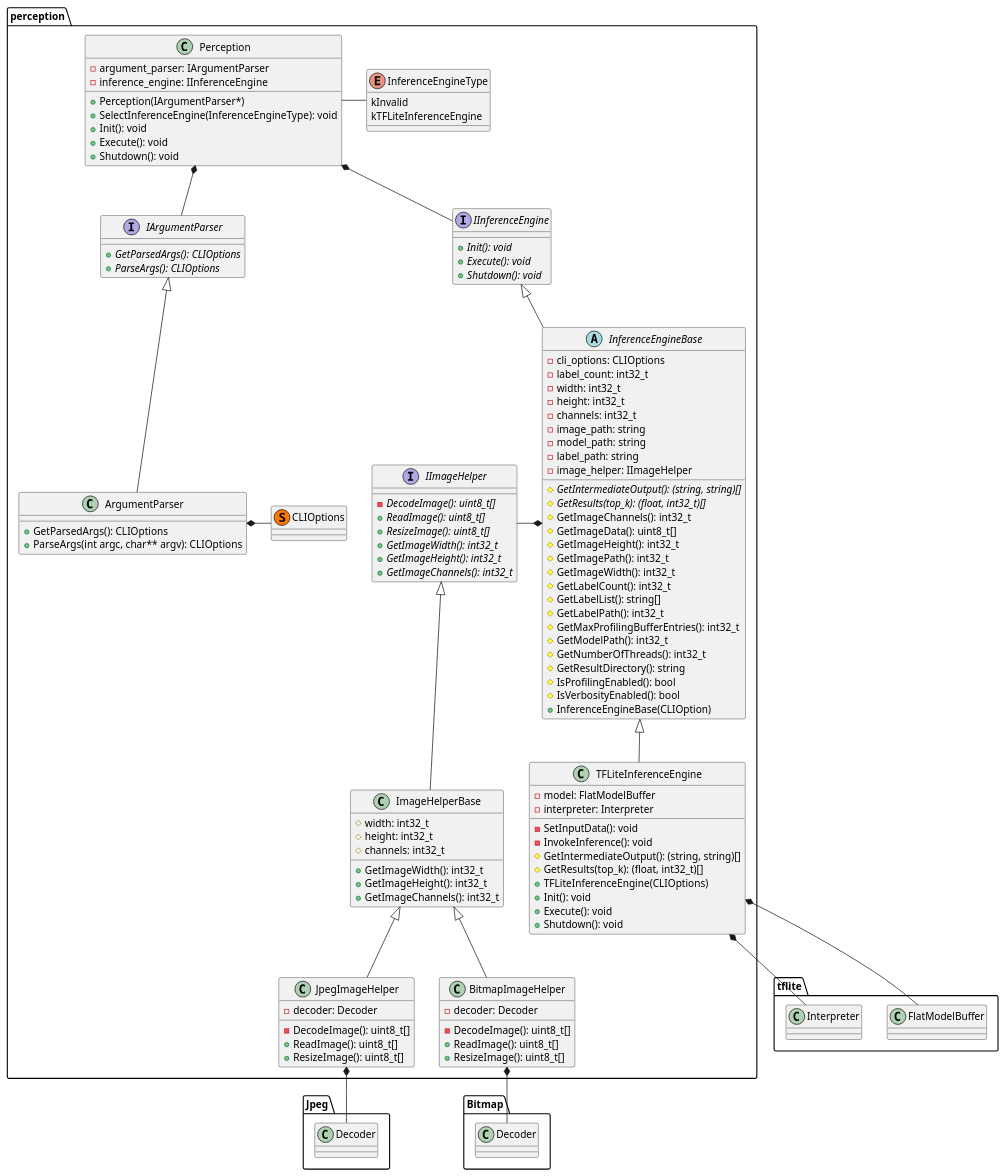
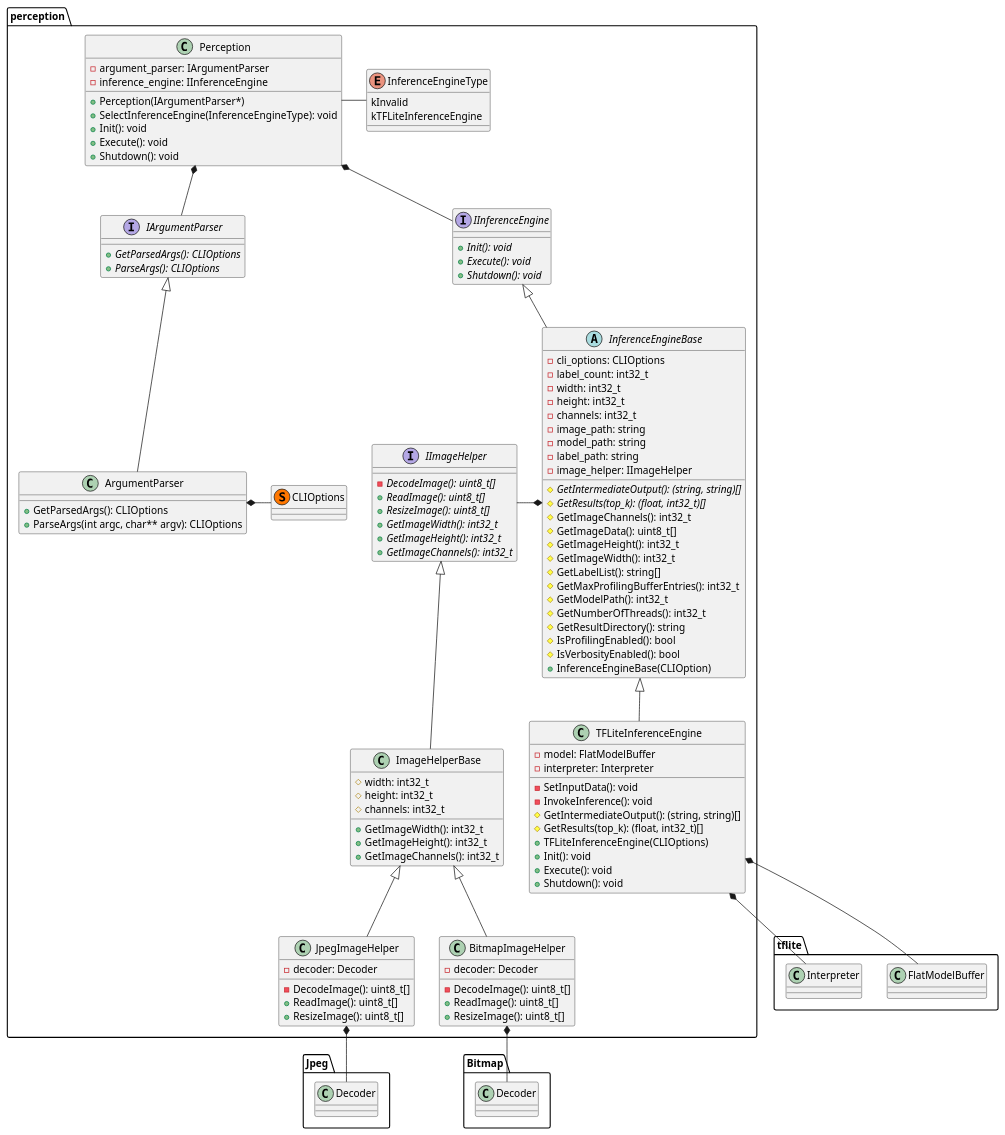
One commit to jinay1991/tflite_models changed the diagram in lib/resource/arch.puml. Above: the diagram before and after it, drawn with PlantUML. The commit also changed 13 other files, not shown here.

```diff
--- a/lib/resource/arch.puml
+++ b/lib/resource/arch.puml
@@ -1,164 +1,161 @@
 @startuml
 ''' JPEG Lib Definitions '''
 namespace Jpeg {
 class Decoder {
 }
 }
 
 ''' Bitmap Lib Definitions '''
 namespace Bitmap {
 class Decoder { 
 }
 }
 
 ''' TFLite Definitions '''
 namespace tflite {
 class FlatModelBuffer {
 
 }
 class Interpreter {
 }
 }
 
 namespace perception{ 
 ''' Data Structures '''
 class CLIOptions << (S,#FF7700) >> {
 }
 
 ''' Interfaces '''
 interface IArgumentParser {
     + {abstract} GetParsedArgs(): CLIOptions
     + {abstract} ParseArgs(): CLIOptions
 }
 
 interface IInferenceEngine {
     + {abstract} Init(): void
     + {abstract} Execute(): void
     + {abstract} Shutdown(): void
 }
 
 interface IImageHelper {
     - {abstract} DecodeImage(): uint8_t[]
     + {abstract} ReadImage(): uint8_t[]
     + {abstract} ResizeImage(): uint8_t[]
     + {abstract} GetImageWidth(): int32_t
     + {abstract} GetImageHeight(): int32_t
     + {abstract} GetImageChannels(): int32_t
 }
 
 ''' Interface Implementation '''
 class ArgumentParser {
     + GetParsedArgs(): CLIOptions
     + ParseArgs(int argc, char** argv): CLIOptions
 }
 
 class ImageHelperBase {
     # width: int32_t
     # height: int32_t
     # channels: int32_t
     + GetImageWidth(): int32_t
     + GetImageHeight(): int32_t
     + GetImageChannels(): int32_t
 }
 
 class JpegImageHelper {
     - DecodeImage(): uint8_t[]
     - decoder: Decoder
     + ReadImage(): uint8_t[]
     + ResizeImage(): uint8_t[]
 }
 
 class BitmapImageHelper {
     - DecodeImage(): uint8_t[]
     - decoder: Decoder
     + ReadImage(): uint8_t[]
     + ResizeImage(): uint8_t[]
 }
 
 enum InferenceEngineType {
     kInvalid
     kTFLiteInferenceEngine
 }
 
 abstract InferenceEngineBase {
     - cli_options: CLIOptions
     - label_count: int32_t
     - width: int32_t
     - height: int32_t
     - channels: int32_t
     - image_path: string
     - model_path: string
     - label_path: string
     - image_helper: IImageHelper
     # {abstract} GetIntermediateOutput(): (string, string)[]
     # {abstract} GetResults(top_k): (float, int32_t)[]
     # GetImageChannels(): int32_t
     # GetImageData(): uint8_t[]
     # GetImageHeight(): int32_t
-    # GetImagePath(): int32_t
     # GetImageWidth(): int32_t
-    # GetLabelCount(): int32_t
     # GetLabelList(): string[]
-    # GetLabelPath(): int32_t
     # GetMaxProfilingBufferEntries(): int32_t
     # GetModelPath(): int32_t
     # GetNumberOfThreads(): int32_t
     # GetResultDirectory(): string
     # IsProfilingEnabled(): bool
     # IsVerbosityEnabled(): bool
     + InferenceEngineBase(CLIOption)
 }
 
 class TFLiteInferenceEngine {
     - model: FlatModelBuffer
     - interpreter: Interpreter
     - SetInputData(): void
     - InvokeInference(): void
     # GetIntermediateOutput(): (string, string)[]
     # GetResults(top_k): (float, int32_t)[]
     + TFLiteInferenceEngine(CLIOptions)
     + Init(): void
     + Execute(): void
     + Shutdown(): void
 }
 
 
 class Perception {
     - argument_parser: IArgumentParser
     - inference_engine: IInferenceEngine
     + Perception(IArgumentParser*)
     + SelectInferenceEngine(InferenceEngineType): void
     + Init(): void
     + Execute(): void
     + Shutdown(): void
 }
 
 ''' Relation '''
 IArgumentParser <|-down- ArgumentParser
 ArgumentParser *-right- CLIOptions
 
 IImageHelper <|-down- ImageHelperBase
 ImageHelperBase <|-down- JpegImageHelper
 ImageHelperBase <|-down- BitmapImageHelper
 
 JpegImageHelper *-down- Jpeg.Decoder
 BitmapImageHelper *-down- Bitmap.Decoder 
 
 IInferenceEngine <|-down- InferenceEngineBase
 
 InferenceEngineBase *-left- IImageHelper
 InferenceEngineBase <|-- TFLiteInferenceEngine
 ' InferenceEngineBase <|-- TFInferenceEngine
 ' InferenceEngineBase <|-- TorchInferenceEngine
 
 ' TFInferenceEngine *-down- tensorflow
 ' TorchInferenceEngine *-down- torch
 
 TFLiteInferenceEngine *-right- tflite.FlatModelBuffer
 TFLiteInferenceEngine *-down- tflite.Interpreter
 
 Perception -right- InferenceEngineType
 Perception *-- IInferenceEngine
 Perception *-- IArgumentParser
 }
 @enduml
```
